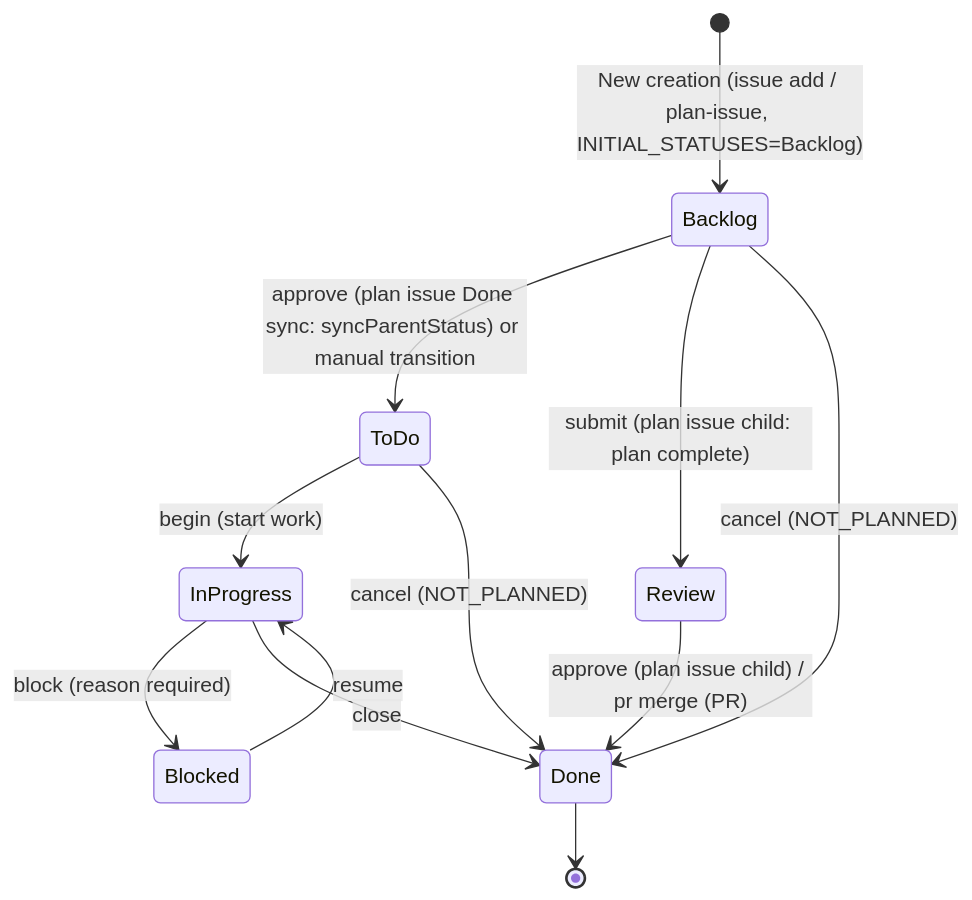
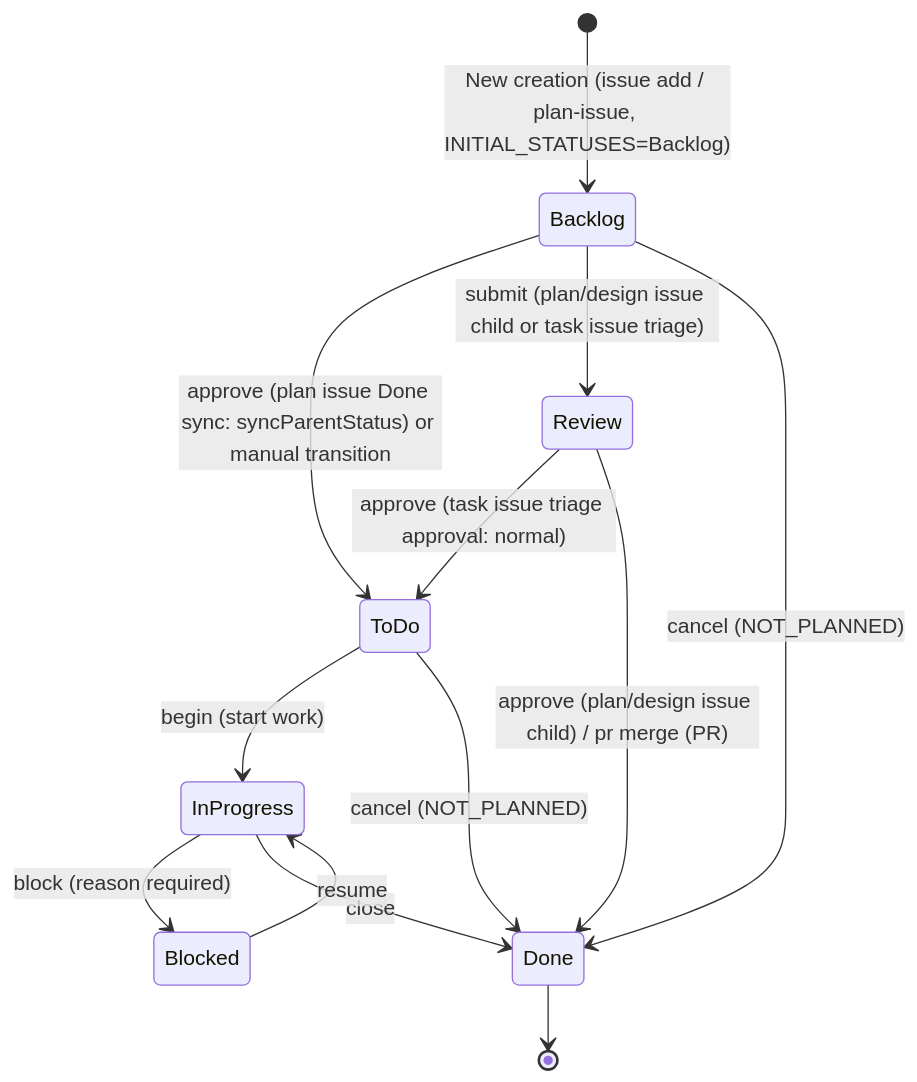
Before and after one commit to ShirokumaDevelopment/shirokuma-plugins: the diagram in shirokuma-skills-en/rules/github/project-items.md, drawn with Mermaid. The commit also changed other lines of this file and 64 other files, not shown here.

````diff
--- a/shirokuma-skills-en/rules/github/project-items.md
+++ b/shirokuma-skills-en/rules/github/project-items.md
@@ -22,14 +22,15 @@
 ```mermaid
 stateDiagram-v2
     [*] --> Backlog: New creation (issue add / plan-issue, INITIAL_STATUSES=Backlog)
     Backlog --> ToDo: approve (plan issue Done sync: syncParentStatus) or manual transition
-    Backlog --> Review: submit (plan issue child: plan complete)
+    Backlog --> Review: submit (plan/design issue child or task issue triage)
     Backlog --> Done: cancel (NOT_PLANNED)
     ToDo --> InProgress: begin (start work)
     ToDo --> Done: cancel (NOT_PLANNED)
     InProgress --> Blocked: block (reason required)
     InProgress --> Done: close
     Blocked --> InProgress: resume
-    Review --> Done: approve (plan issue child) / pr merge (PR)
+    Review --> ToDo: approve (task issue triage approval: normal)
+    Review --> Done: approve (plan/design issue child) / pr merge (PR)
     Done --> [*]
 ```
````
